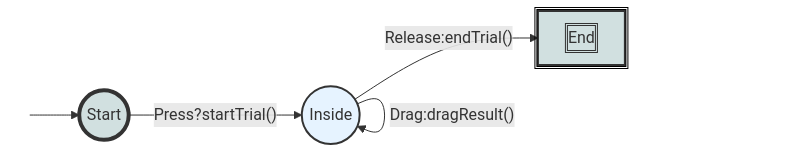
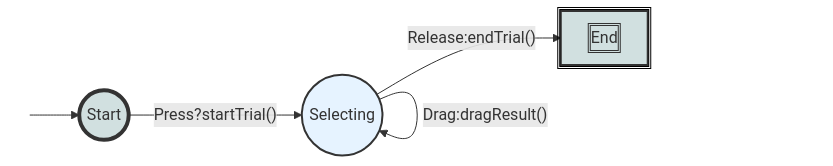
The diagram in assignments/menus.md (jmankoff/interaction), drawn with Mermaid before and after one commit.

Commit message:
Updated the pps diagram

```diff
--- a/assignments/menus.md
+++ b/assignments/menus.md
@@ -174,17 +174,17 @@
 <div class="mermaid">
 graph LR
 S((.)) --> A((Start))
-A -- "Press?startTrial()" --> I((Inside))
+A -- "Press?startTrial()" --> I((Selecting))
 I -- "Release:endTrial()" --> E[End]
 I -- "Drag:dragResult()" --> I
 
 classDef finish outline-style:double,fill:#d1e0e0,stroke:#333,stroke-width:2px;
 classDef normal fill:#e6f3ff,stroke:#333,stroke-width:2px;
 classDef start fill:#d1e0e0,stroke:#333,stroke-width:4px;
 classDef invisible fill:#FFFFFF,stroke:#FFFFFF,color:#FFFFFF
 
 class S invisible
 class A start
 class E finish
 class I normal
 </div>
```
